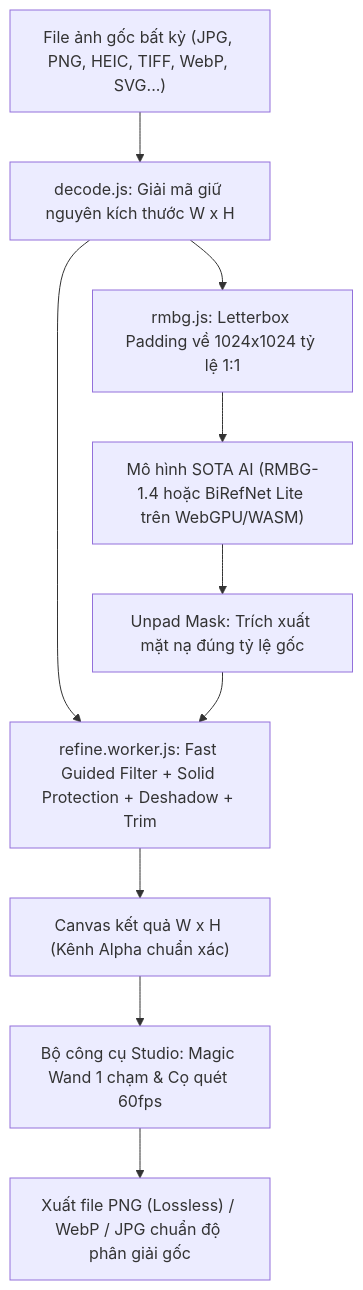
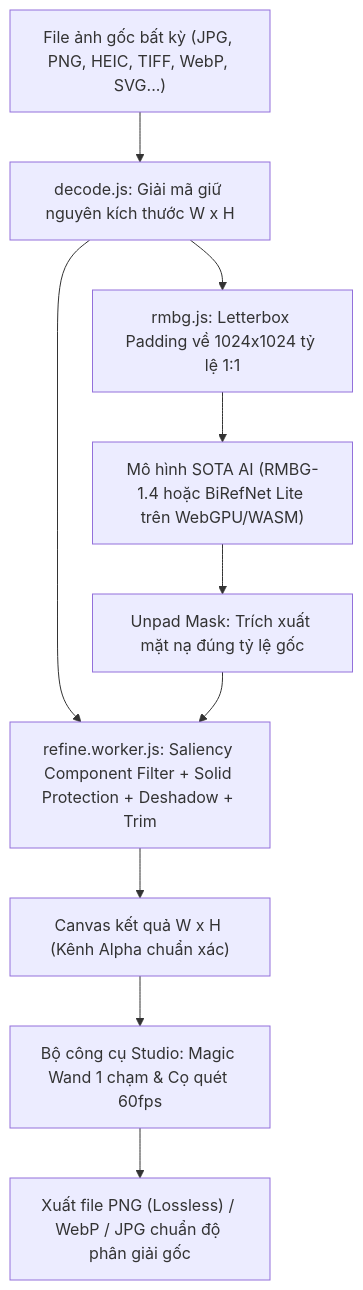
Before and after one commit to wwm100107-creator/xoa-phong-nen: the diagram in README.md, drawn with Mermaid. The commit also changed other lines of this file and 4 other files, not shown here.

Commit message:
feat(v4.0): extreme background removal - saliency component filter, cast shadow annihilator, sticker stripper

````diff
--- a/README.md
+++ b/README.md
@@ -34,12 +37,12 @@
 ```mermaid
 flowchart TD
     A["File ảnh gốc bất kỳ (JPG, PNG, HEIC, TIFF, WebP, SVG...)"] --> B["decode.js: Giải mã giữ nguyên kích thước W x H"]
     B --> C["rmbg.js: Letterbox Padding về 1024x1024 tỷ lệ 1:1"]
     C --> D["Mô hình SOTA AI (RMBG-1.4 hoặc BiRefNet Lite trên WebGPU/WASM)"]
     D --> E["Unpad Mask: Trích xuất mặt nạ đúng tỷ lệ gốc"]
-    B --> F["refine.worker.js: Fast Guided Filter + Solid Protection + Deshadow + Trim"]
+    B --> F["refine.worker.js: Saliency Component Filter + Solid Protection + Deshadow + Trim"]
     E --> F
     F --> G["Canvas kết quả W x H (Kênh Alpha chuẩn xác)"]
     G --> H["Bộ công cụ Studio: Magic Wand 1 chạm & Cọ quét 60fps"]
     H --> I["Xuất file PNG (Lossless) / WebP / JPG chuẩn độ phân giải gốc"]
 ```
````
